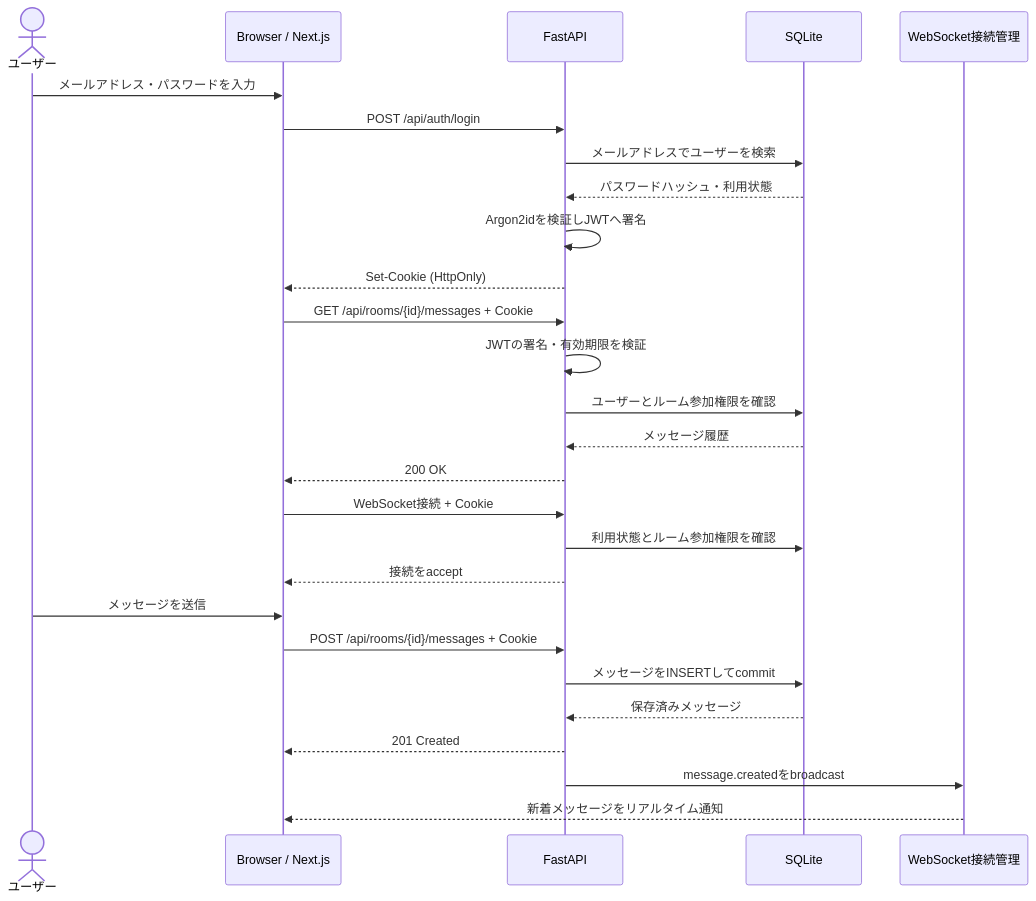
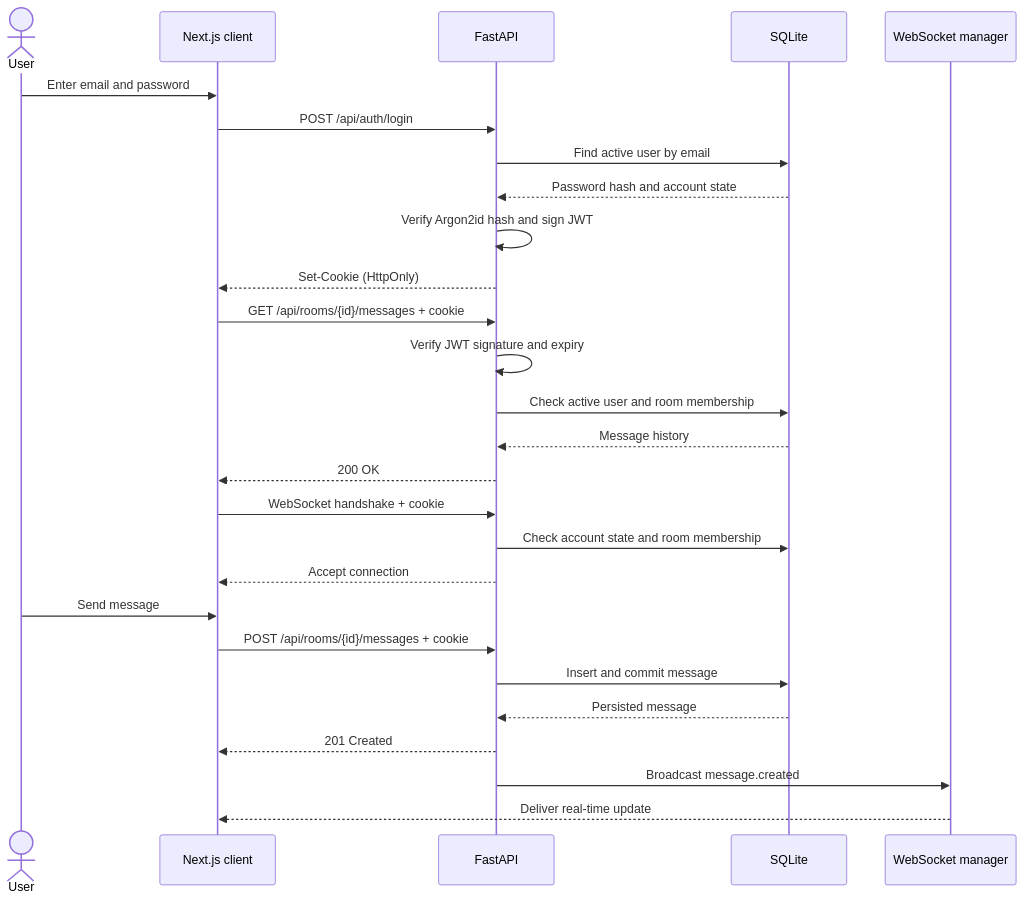
One commit to reyquza/2WINS_skill_test changed the second of 3 diagrams in README.md. Above: the diagram before and after it, drawn with Mermaid. The commit also changed other lines of this file and 23 other files, not shown here.

````diff
--- a/README.md
+++ b/README.md
@@ -130,33 +78,33 @@
 ```mermaid
 sequenceDiagram
-    actor User as ユーザー
-    participant Client as Browser / Next.js
+    actor User
+    participant Client as Next.js client
     participant API as FastAPI
     participant DB as SQLite
-    participant WS as WebSocket接続管理
+    participant WS as WebSocket manager
 
-    User->>Client: メールアドレス・パスワードを入力
+    User->>Client: Enter email and password
     Client->>API: POST /api/auth/login
-    API->>DB: メールアドレスでユーザーを検索
-    DB-->>API: パスワードハッシュ・利用状態
-    API->>API: Argon2idを検証しJWTへ署名
+    API->>DB: Find active user by email
+    DB-->>API: Password hash and account state
+    API->>API: Verify Argon2id hash and sign JWT
     API-->>Client: Set-Cookie (HttpOnly)
 
-    Client->>API: GET /api/rooms/{id}/messages + Cookie
-    API->>API: JWTの署名・有効期限を検証
-    API->>DB: ユーザーとルーム参加権限を確認
-    DB-->>API: メッセージ履歴
+    Client->>API: GET /api/rooms/{id}/messages + cookie
+    API->>API: Verify JWT signature and expiry
+    API->>DB: Check active user and room membership
+    DB-->>API: Message history
     API-->>Client: 200 OK
 
-    Client->>API: WebSocket接続 + Cookie
-    API->>DB: 利用状態とルーム参加権限を確認
-    API-->>Client: 接続をaccept
+    Client->>API: WebSocket handshake + cookie
+    API->>DB: Check account state and room membership
+    API-->>Client: Accept connection
 
-    User->>Client: メッセージを送信
-    Client->>API: POST /api/rooms/{id}/messages + Cookie
-    API->>DB: メッセージをINSERTしてcommit
-    DB-->>API: 保存済みメッセージ
+    User->>Client: Send message
+    Client->>API: POST /api/rooms/{id}/messages + cookie
+    API->>DB: Insert and commit message
+    DB-->>API: Persisted message
     API-->>Client: 201 Created
-    API->>WS: message.createdをbroadcast
-    WS-->>Client: 新着メッセージをリアルタイム通知
+    API->>WS: Broadcast message.created
+    WS-->>Client: Deliver real-time update
 ```
````
